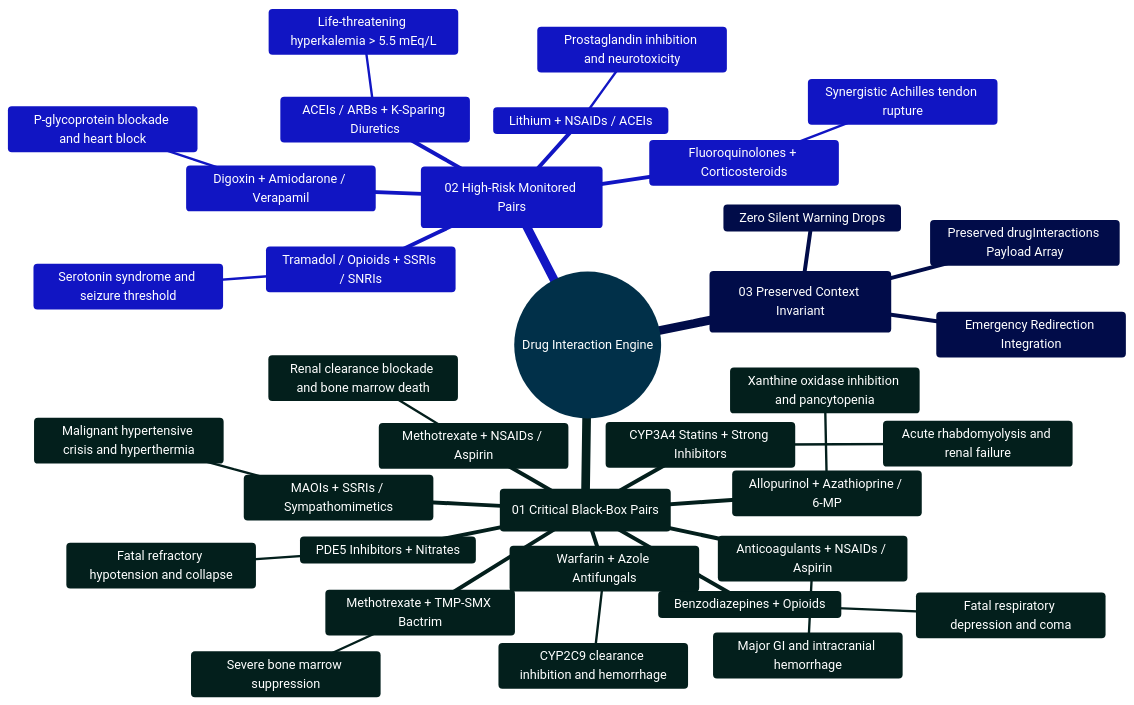
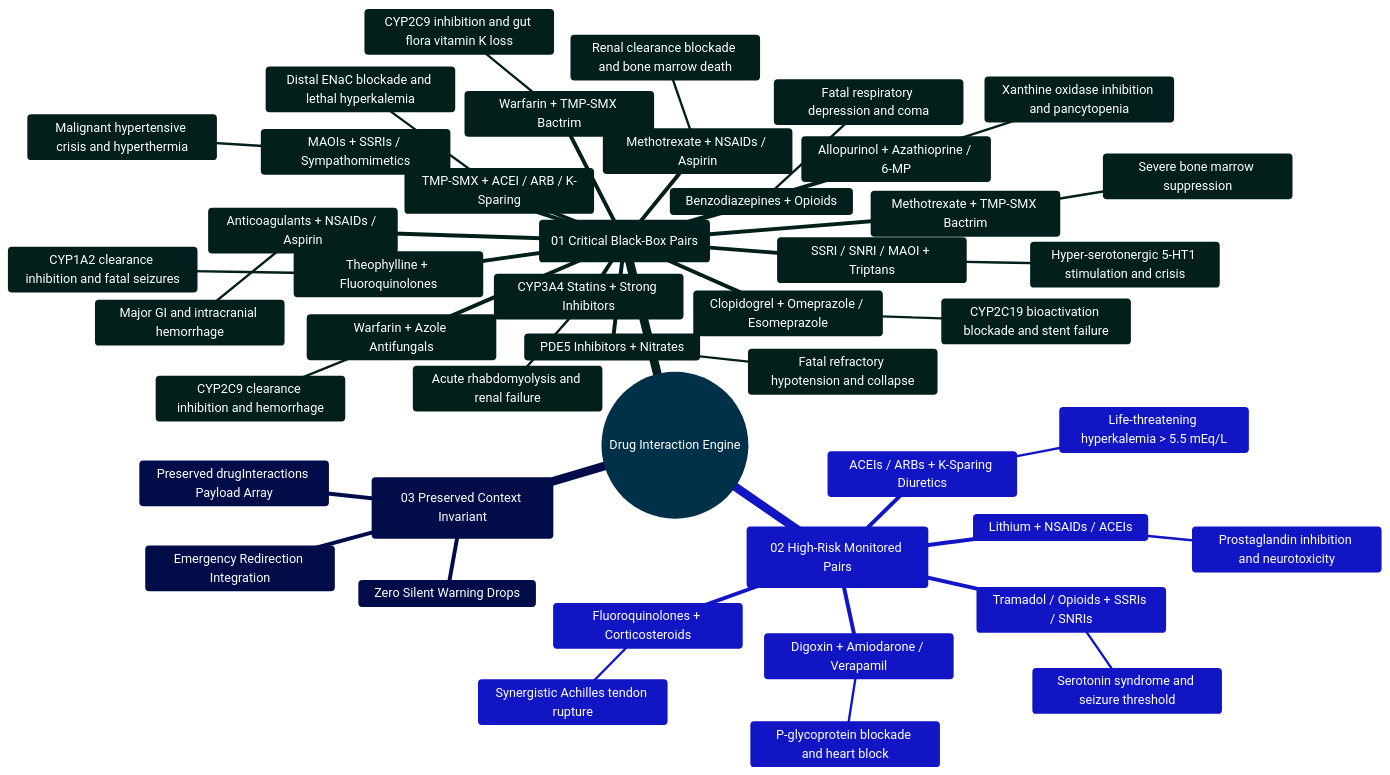
One commit to Ganesh172919/React-App-LLM changed the second of 3 diagrams in docs/SECURITY_AND_MESSAGE_POLICY.md. Above: the diagram before and after it, drawn with Mermaid. The commit also changed other lines of this file and 12 other files, not shown here.

````diff
--- a/docs/SECURITY_AND_MESSAGE_POLICY.md
+++ b/docs/SECURITY_AND_MESSAGE_POLICY.md
@@ -296,40 +296,50 @@
 ```mermaid
 %%{init: {'theme': 'base', 'themeVariables': { 'primaryColor': '#0284c7', 'primaryTextColor': '#ffffff', 'primaryBorderColor': '#0369a1', 'lineColor': '#0284c7', 'secondaryColor': '#0d9488', 'tertiaryColor': '#6366f1' }}}%%
 mindmap
   root((Drug Interaction Engine))
     ::icon(fa fa-capsules)
     (01 Critical Black-Box Pairs)
       Anticoagulants + NSAIDs / Aspirin
         Major GI and intracranial hemorrhage
       PDE5 Inhibitors + Nitrates
         Fatal refractory hypotension and collapse
       Methotrexate + TMP-SMX Bactrim
         Severe bone marrow suppression
       Benzodiazepines + Opioids
         Fatal respiratory depression and coma
       CYP3A4 Statins + Strong Inhibitors
         Acute rhabdomyolysis and renal failure
       Warfarin + Azole Antifungals
         CYP2C9 clearance inhibition and hemorrhage
       MAOIs + SSRIs / Sympathomimetics
         Malignant hypertensive crisis and hyperthermia
       Allopurinol + Azathioprine / 6-MP
         Xanthine oxidase inhibition and pancytopenia
       Methotrexate + NSAIDs / Aspirin
         Renal clearance blockade and bone marrow death
+      Warfarin + TMP-SMX Bactrim
+        CYP2C9 inhibition and gut flora vitamin K loss
+      Clopidogrel + Omeprazole / Esomeprazole
+        CYP2C19 bioactivation blockade and stent failure
+      SSRI / SNRI / MAOI + Triptans
+        Hyper-serotonergic 5-HT1 stimulation and crisis
+      TMP-SMX + ACEI / ARB / K-Sparing
+        Distal ENaC blockade and lethal hyperkalemia
+      Theophylline + Fluoroquinolones
+        CYP1A2 clearance inhibition and fatal seizures
     (02 High-Risk Monitored Pairs)
       Tramadol / Opioids + SSRIs / SNRIs
         Serotonin syndrome and seizure threshold
       ACEIs / ARBs + K-Sparing Diuretics
         Life-threatening hyperkalemia > 5.5 mEq/L
       Fluoroquinolones + Corticosteroids
         Synergistic Achilles tendon rupture
       Lithium + NSAIDs / ACEIs
         Prostaglandin inhibition and neurotoxicity
       Digoxin + Amiodarone / Verapamil
         P-glycoprotein blockade and heart block
     (03 Preserved Context Invariant)
       Emergency Redirection Integration
       Preserved drugInteractions Payload Array
       Zero Silent Warning Drops
 ```
````
